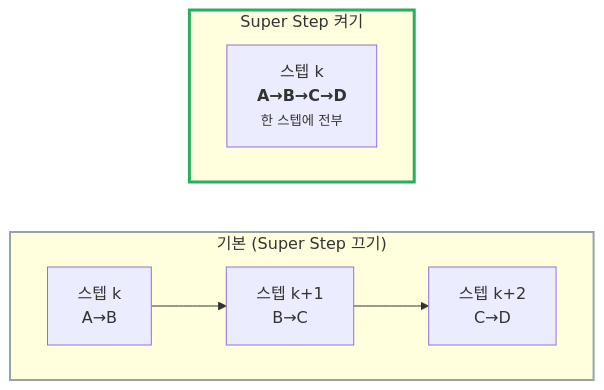
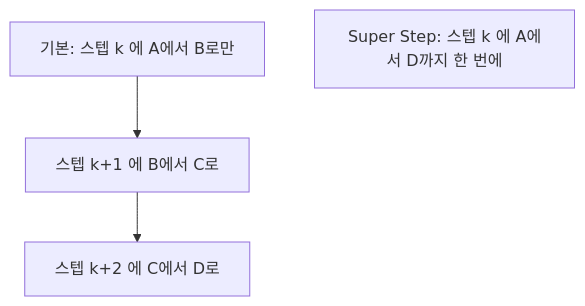
One commit to genie4youu/genie4youu.github.io changed the second of 3 diagrams in _posts/2026-07-14-stateflow-super-step.md. Above: the diagram before and after it, drawn with Mermaid. The commit also changed other lines of this file and 13 other files, not shown here.

First line of the commit message:
﻿전면 손질: 제목 변경, AI 티 나는 표현 제거, 다이어그램 재작성

````diff
--- a/_posts/2026-07-14-stateflow-super-step.md
+++ b/_posts/2026-07-14-stateflow-super-step.md
@@ -52,14 +38,6 @@
 ```mermaid
-flowchart LR
-    subgraph DEF["기본 (Super Step 끄기)"]
-        direction LR
-        A1["스텝 k<br/>A→B"] --> A2["스텝 k+1<br/>B→C"] --> A3["스텝 k+2<br/>C→D"]
-    end
-    subgraph SUP["Super Step 켜기"]
-        direction LR
-        B1["스텝 k<br/><b>A→B→C→D</b><br/><small>한 스텝에 전부</small>"]
-    end
-
-    style DEF stroke:#95a5a6,stroke-width:2px
-    style SUP stroke:#27ae60,stroke-width:3px
+flowchart TD
+    A[기본: 스텝 k 에 A에서 B로만] --> B[스텝 k+1 에 B에서 C로]
+    B --> C[스텝 k+2 에 C에서 D로]
+    D[Super Step: 스텝 k 에 A에서 D까지 한 번에]
 ```
````
